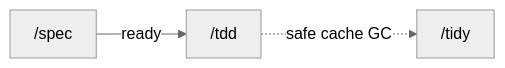
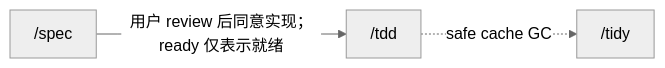
One commit to SilentUniverse/CosmosSkills changed the diagram in README.md. Above: the diagram before and after it, drawn with Mermaid. The commit also changed other lines of this file and 7 other files, not shown here.

First line of the commit message:
fix(spec): require user review before implementation (#98)

````diff
--- a/README.md
+++ b/README.md
@@ -86,9 +86,9 @@
 ```mermaid
 %%{init: {"theme": "neutral", "flowchart": {"curve": "basis", "padding": 12}}}%%
 flowchart LR
   spec["/spec"]
   tdd["/tdd"]
   tidy["/tidy"]
-  spec -->|"ready"| tdd
+  spec -->|"用户 review 后同意实现；ready 仅表示就绪"| tdd
   tdd -. "safe cache GC" .-> tidy
 ```
````
